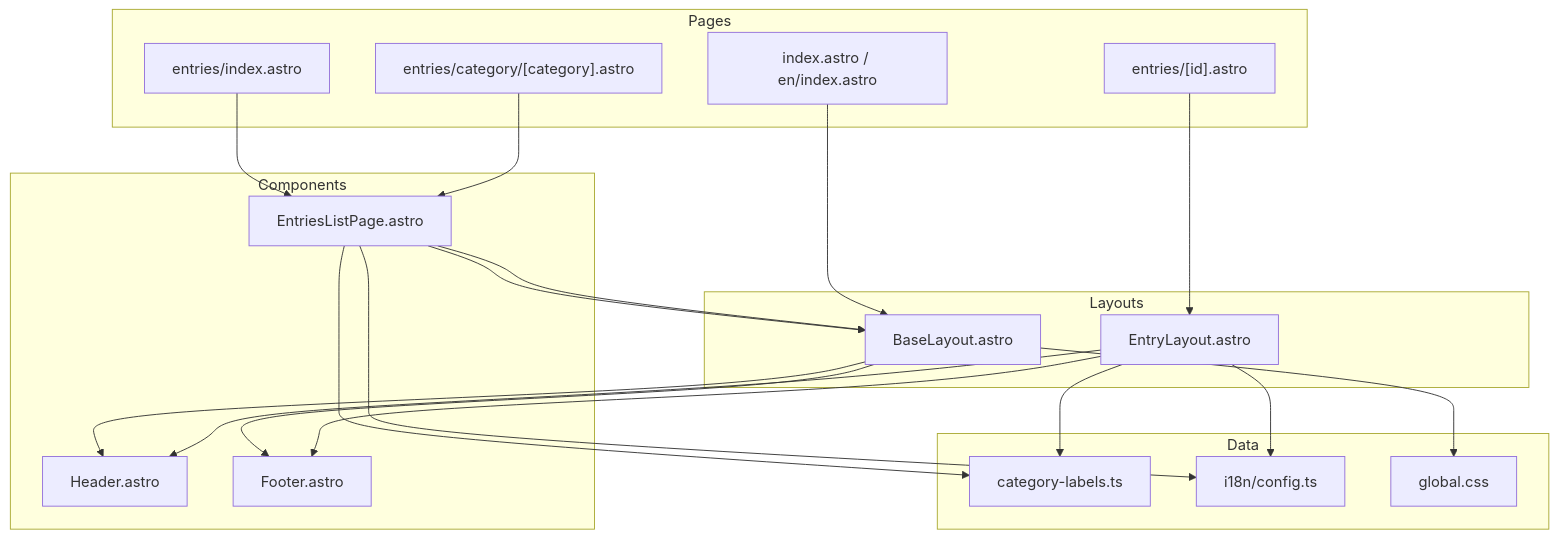
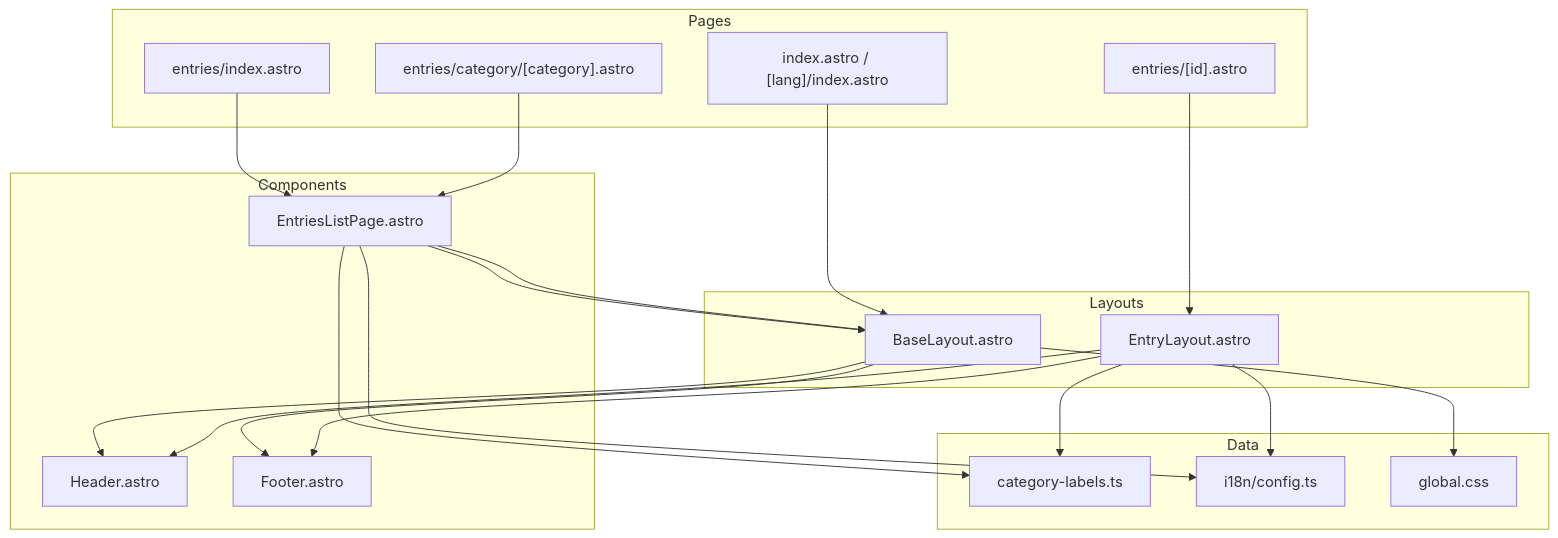
Before and after one commit to khanhhung142/mythic-pages: the diagram in doc/components.md, drawn with Mermaid. The commit also changed other lines of this file and 36 other files, not shown here.

````diff
--- a/doc/components.md
+++ b/doc/components.md
@@ -155,43 +152,43 @@
 ```mermaid
 graph TD
     subgraph "Pages"
-        P1["index.astro / en/index.astro"]
+        P1["index.astro / [lang]/index.astro"]
         P2["entries/index.astro"]
         P3["entries/[id].astro"]
         P4["entries/category/[category].astro"]
     end
 
     subgraph "Layouts"
         BL["BaseLayout.astro"]
         EL["EntryLayout.astro"]
     end
 
     subgraph "Components"
         H["Header.astro"]
         F["Footer.astro"]
         ELP["EntriesListPage.astro"]
     end
 
     subgraph "Data"
         CL["category-labels.ts"]
         I18N["i18n/config.ts"]
         GC["global.css"]
     end
 
     P1 --> BL
     P2 --> ELP
     P4 --> ELP
     ELP --> BL
     P3 --> EL
 
     BL --> H
     BL --> F
     BL --> GC
     EL --> H
     EL --> F
     EL --> CL
     EL --> I18N
     ELP --> CL
     ELP --> I18N
     ELP --> BL
 ```
````
